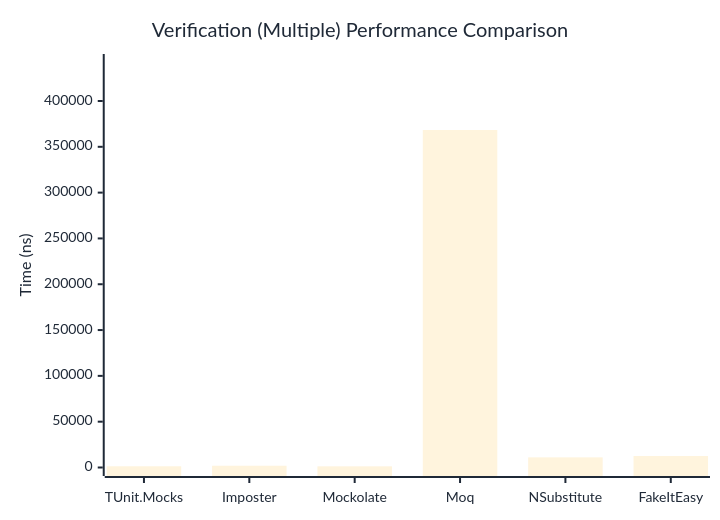
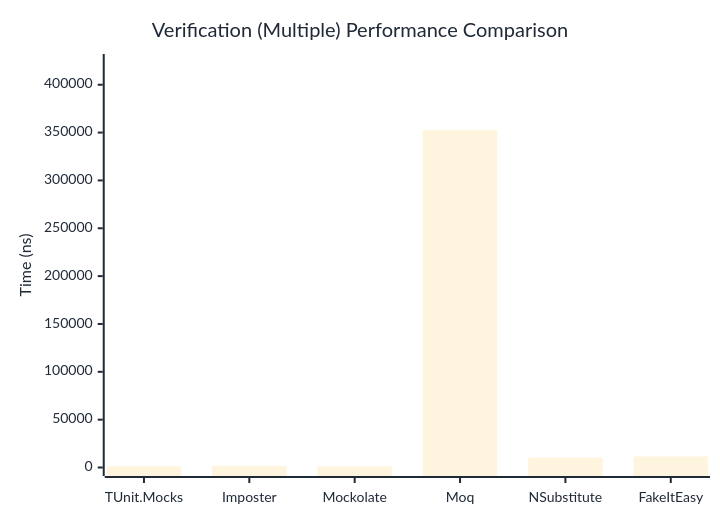
Before and after one commit to thomhurst/TUnit: the third of 3 diagrams in docs/docs/benchmarks/mocks/Verification.md, drawn with Mermaid. The commit also changed other lines of this file and 14 other files, not shown here.

````diff
--- a/docs/docs/benchmarks/mocks/Verification.md
+++ b/docs/docs/benchmarks/mocks/Verification.md
@@ -112,27 +112,27 @@
 ```mermaid
 %%{init: {
   'theme':'base',
   'themeVariables': {
     'primaryColor': '#2563eb',
     'primaryTextColor': '#1f2937',
     'primaryBorderColor': '#1e40af',
     'lineColor': '#6b7280',
     'secondaryColor': '#7c3aed',
     'tertiaryColor': '#dc2626',
     'background': '#ffffff',
     'pie1': '#2563eb',
     'pie2': '#7c3aed',
     'pie3': '#dc2626',
     'pie4': '#f59e0b',
     'pie5': '#10b981',
     'pie6': '#06b6d4',
     'pie7': '#ec4899',
     'pie8': '#6366f1'
   }
 }}%%
 xychart-beta
   title "Verification (Multiple) Performance Comparison"
   x-axis ["TUnit.Mocks", "Imposter", "Mockolate", "Moq", "NSubstitute", "FakeItEasy"]
-  y-axis "Time (ns)" 0 --> 441999
-  bar [1324.59, 1914.04, 1284, 368332.11, 11049.85, 12550.44]
+  y-axis "Time (ns)" 0 --> 423242
+  bar [1322.76, 1750.4, 1191.74, 352701.37, 10407.19, 11533.65]
 ```
````
